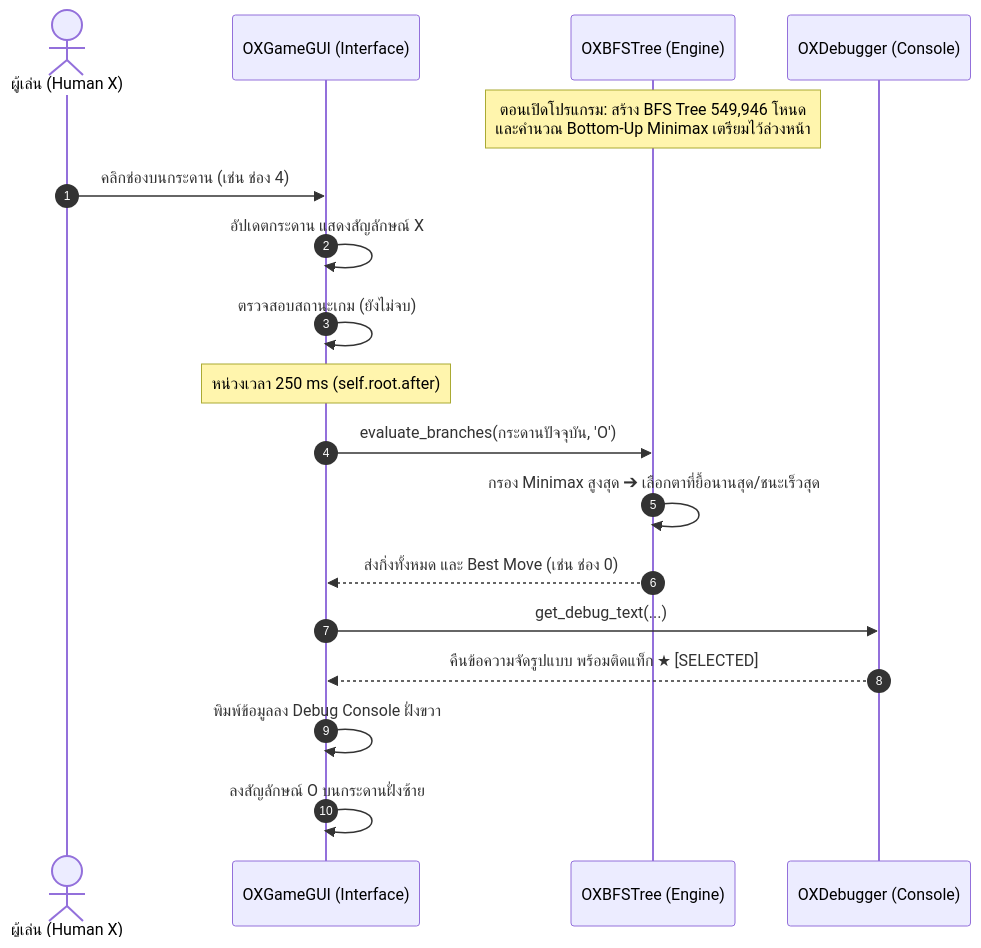
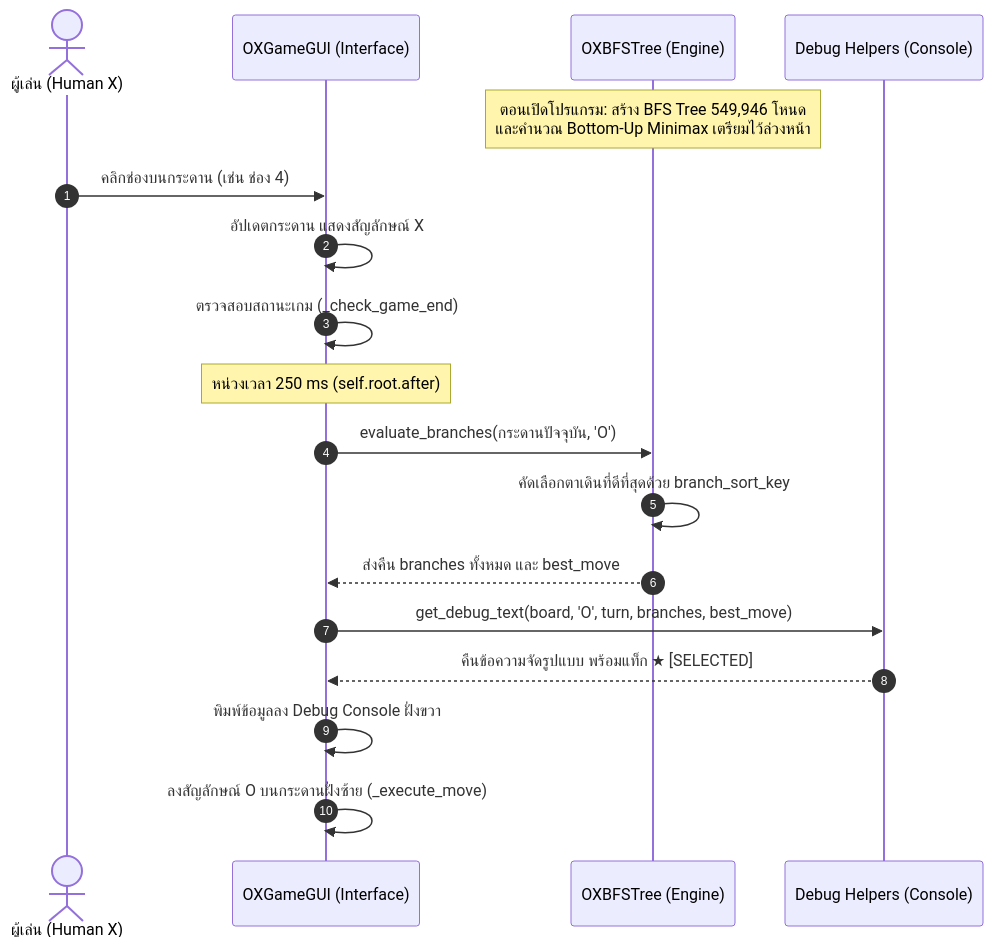
One commit to tangpadon/OX-PYTHON-BFS changed the diagram in README.md. Above: the diagram before and after it, drawn with Mermaid. The commit also changed other lines of this file and 1 other file, not shown here.

````diff
--- a/README.md
+++ b/README.md
@@ -357,21 +409,21 @@
 ```mermaid
 sequenceDiagram
     autonumber
     actor Player as ผู้เล่น (Human X)
     participant GUI as OXGameGUI (Interface)
     participant Tree as OXBFSTree (Engine)
-    participant Debug as OXDebugger (Console)
+    participant Debug as Debug Helpers (Console)
 
     Note over Tree: ตอนเปิดโปรแกรม: สร้าง BFS Tree 549,946 โหนด<br/>และคำนวณ Bottom-Up Minimax เตรียมไว้ล่วงหน้า
     Player->>GUI: คลิกช่องบนกระดาน (เช่น ช่อง 4)
     GUI->>GUI: อัปเดตกระดาน แสดงสัญลักษณ์ X
-    GUI->>GUI: ตรวจสอบสถานะเกม (ยังไม่จบ)
+    GUI->>GUI: ตรวจสอบสถานะเกม (_check_game_end)
     Note over GUI: หน่วงเวลา 250 ms (self.root.after)
     GUI->>Tree: evaluate_branches(กระดานปัจจุบัน, 'O')
-    Tree->>Tree: กรอง Minimax สูงสุด ➔ เลือกตาที่ยื้อนานสุด/ชนะเร็วสุด
-    Tree-->>GUI: ส่งกิ่งทั้งหมด และ Best Move (เช่น ช่อง 0)
-    GUI->>Debug: get_debug_text(...)
-    Debug-->>GUI: คืนข้อความจัดรูปแบบ พร้อมติดแท็ก ★ [SELECTED]
+    Tree->>Tree: คัดเลือกตาเดินที่ดีที่สุดด้วย branch_sort_key
+    Tree-->>GUI: ส่งคืน branches ทั้งหมด และ best_move
+    GUI->>Debug: get_debug_text(board, 'O', turn, branches, best_move)
+    Debug-->>GUI: คืนข้อความจัดรูปแบบ พร้อมแท็ก ★ [SELECTED]
     GUI->>GUI: พิมพ์ข้อมูลลง Debug Console ฝั่งขวา
-    GUI->>GUI: ลงสัญลักษณ์ O บนกระดานฝั่งซ้าย
+    GUI->>GUI: ลงสัญลักษณ์ O บนกระดานฝั่งซ้าย (_execute_move)
 ```
````
